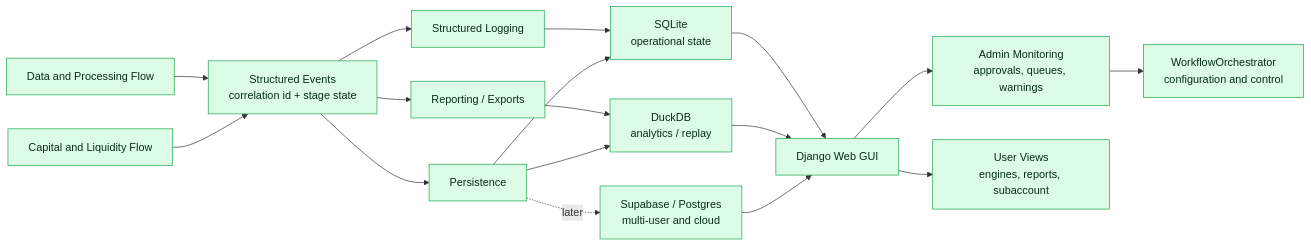
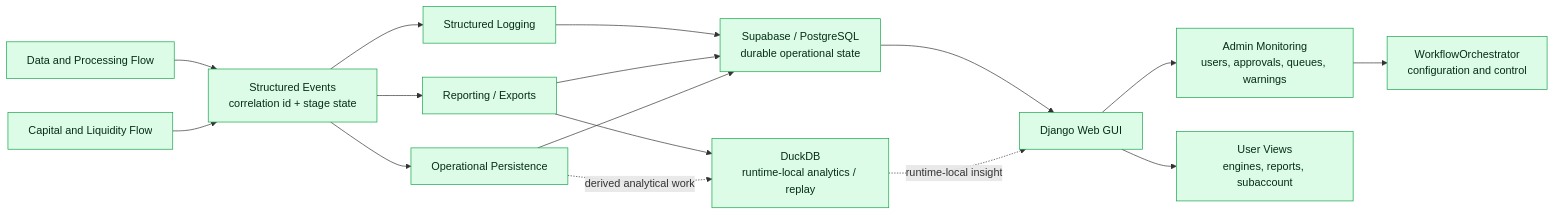
The third of 4 diagrams in docs/pipeline-architecture.md (BytecodeBrewer/Q-Bet), drawn with Mermaid before and after one commit. The commit also changed other lines of this file, not shown here.

Commit message:
docs(#89): update persistence architecture diagrams

````diff
--- a/docs/pipeline-architecture.md
+++ b/docs/pipeline-architecture.md
@@ -114,24 +114,24 @@
 ```mermaid
 flowchart LR
     pipeline["Data and Processing Flow"] --> events["Structured Events<br>correlation id + stage state"]
     capital["Capital and Liquidity Flow"] --> events
     events --> logging["Structured Logging"]
     events --> reports["Reporting / Exports"]
-    events --> persistence["Persistence"]
+    events --> persistence["Operational Persistence"]
 
-    logging --> sqlite["SQLite<br>operational state"]
-    reports --> duckdb["DuckDB<br>analytics / replay"]
-    persistence --> sqlite
-    persistence --> duckdb
-    persistence -. "later" .-> cloud["Supabase / Postgres<br>multi-user and cloud"]
+    logging --> postgres["Supabase / PostgreSQL<br>durable operational state"]
+    reports --> postgres
+    persistence --> postgres
 
-    sqlite --> django["Django Web GUI"]
-    duckdb --> django
-    cloud --> django
-    django --> admin["Admin Monitoring<br>approvals, queues, warnings"]
+    reports --> duckdb["DuckDB<br>runtime-local analytics / replay"]
+    persistence -. "derived analytical work" .-> duckdb
+
+    postgres --> django["Django Web GUI"]
+    duckdb -. "runtime-local insight" .-> django
+    django --> admin["Admin Monitoring<br>users, approvals, queues, warnings"]
     django --> user["User Views<br>engines, reports, subaccount"]
     admin --> orchestrator["WorkflowOrchestrator<br>configuration and control"]
 
     classDef tracking fill:#dcfce7,stroke:#16a34a,color:#052e16;
-    class pipeline,capital,events,logging,reports,persistence,sqlite,duckdb,cloud,django,admin,user,orchestrator tracking;
+    class pipeline,capital,events,logging,reports,persistence,postgres,duckdb,django,admin,user,orchestrator tracking;
 ```
````
